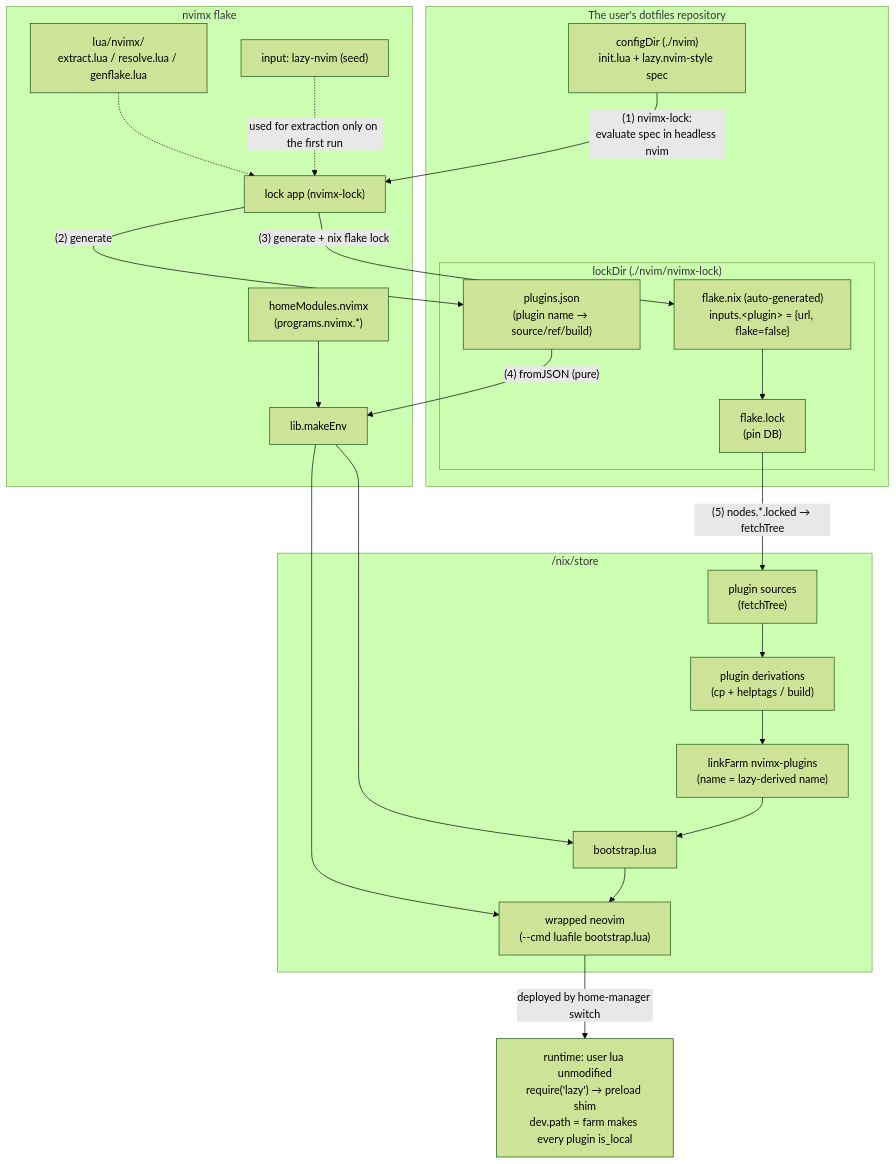
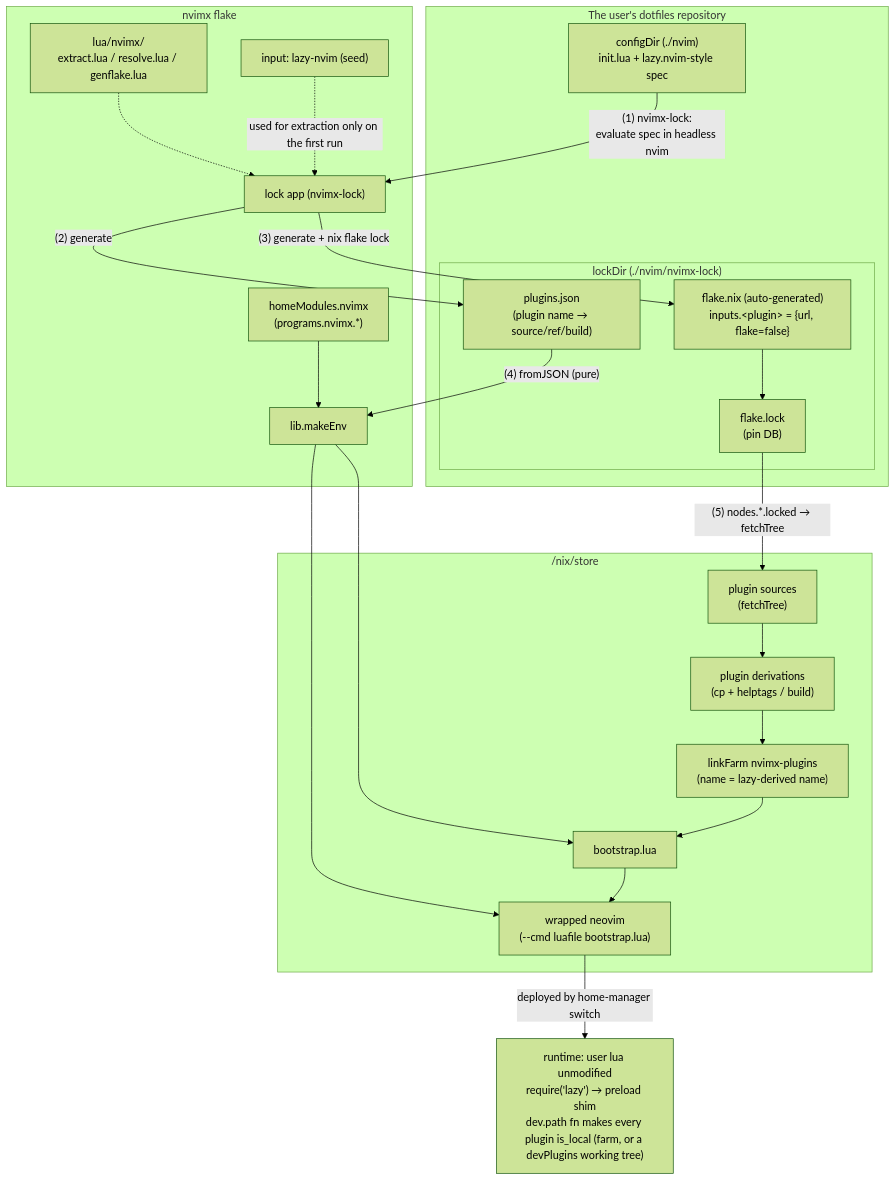
The first of 3 diagrams in docs/architecture.md (myuron/nvimx), drawn with Mermaid (forest theme) before and after one commit. The commit also changed other lines of this file and 10 other files, not shown here.

````diff
--- a/docs/architecture.md
+++ b/docs/architecture.md
@@ -25,46 +25,46 @@
 ```mermaid
 flowchart TB
     subgraph dotfiles["The user's dotfiles repository"]
         config["configDir (./nvim)<br/>init.lua + lazy.nvim-style spec"]
         subgraph lockdir["lockDir (./nvim/nvimx-lock)"]
             pjson["plugins.json<br/>(plugin name → source/ref/build)"]
             lflake["flake.nix (auto-generated)<br/>inputs.&lt;plugin&gt; = {url, flake=false}"]
             llock["flake.lock<br/>(pin DB)"]
         end
     end
 
     subgraph nvimx["nvimx flake"]
         lib["lib.makeEnv"]
         hm["homeModules.nvimx<br/>(programs.nvimx.*)"]
         lockapp["lock app (nvimx-lock)"]
         extractor["lua/nvimx/<br/>extract.lua / resolve.lua / genflake.lua"]
         seed["input: lazy-nvim (seed)"]
     end
 
     subgraph store["/nix/store"]
         srcs["plugin sources<br/>(fetchTree)"]
         drvs["plugin derivations<br/>(cp + helptags / build)"]
         farm["linkFarm nvimx-plugins<br/>(name = lazy-derived name)"]
         boot["bootstrap.lua"]
         wrapped["wrapped neovim<br/>(--cmd luafile bootstrap.lua)"]
     end
 
     config -- "(1) nvimx-lock:<br/>evaluate spec in headless nvim" --> lockapp
     lockapp -- "(2) generate" --> pjson
     lockapp -- "(3) generate + nix flake lock" --> lflake
     lflake --> llock
 
     pjson -- "(4) fromJSON (pure)" --> lib
     llock -- "(5) nodes.*.locked → fetchTree" --> srcs
     hm --> lib
     srcs --> drvs
     drvs --> farm
     lib --> boot
     lib --> wrapped
     farm --> boot
     boot --> wrapped
 
-    wrapped -- "deployed by home-manager switch" --> runtime["runtime: user lua unmodified<br/>require('lazy') → preload shim<br/>dev.path = farm makes every plugin is_local"]
+    wrapped -- "deployed by home-manager switch" --> runtime["runtime: user lua unmodified<br/>require('lazy') → preload shim<br/>dev.path fn makes every plugin is_local (farm, or a devPlugins working tree)"]
     extractor -.-> lockapp
     seed -. "used for extraction only on the first run" .-> lockapp
 ```
````
